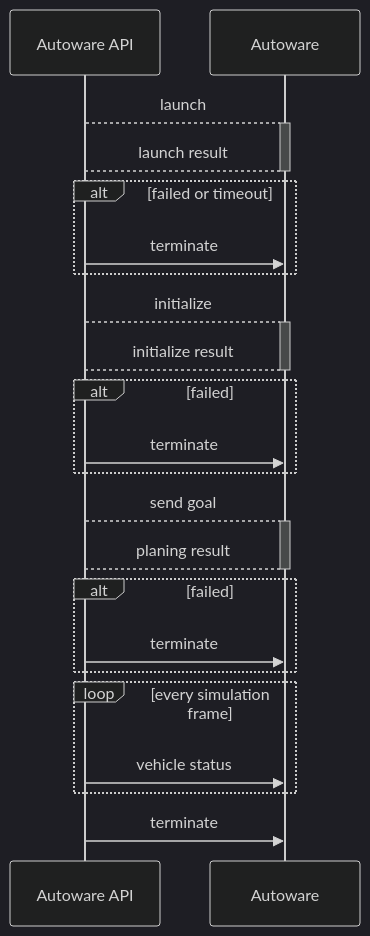
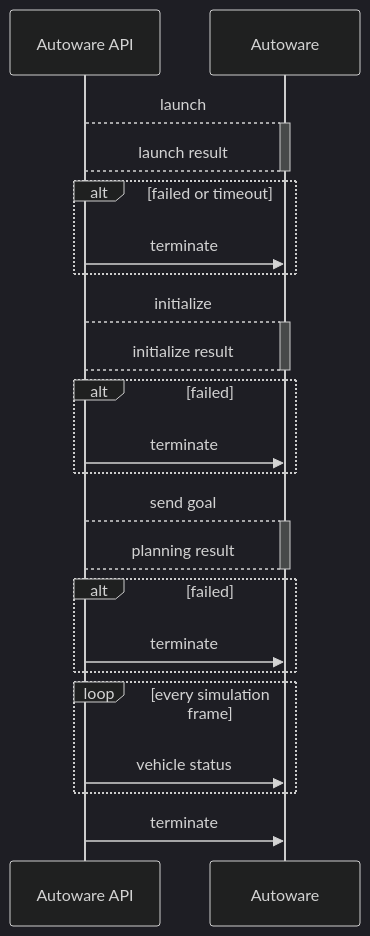
Before and after one commit to tier4/scenario_simulator_v2: the diagram in docs/design/AutowareAPI.md, drawn with Mermaid (dark theme). The commit also changed 1 other file, not shown here.

Commit message:
fix some typo

````diff
--- a/docs/design/AutowareAPI.md
+++ b/docs/design/AutowareAPI.md
@@ -9,29 +9,29 @@
 ```mermaid
 sequenceDiagram
     participant Autoware API
     participant Autoware
 
 Autoware API -->+ Autoware : launch
 Autoware -->- Autoware API : launch result
 alt failed or timeout
     Autoware API ->> Autoware : terminate
 end
 
 Autoware API -->+ Autoware : initialize
 Autoware -->- Autoware API : initialize result
 alt failed
     Autoware API ->> Autoware : terminate
 end
 
 Autoware API -->+ Autoware : send goal
-Autoware -->- Autoware API : planing result
+Autoware -->- Autoware API : planning result
 alt failed
     Autoware API ->> Autoware : terminate
 end
 
 loop every simulation frame
     Autoware API ->> Autoware : vehicle status
 end
 
 Autoware API ->> Autoware : terminate
 ```
````
